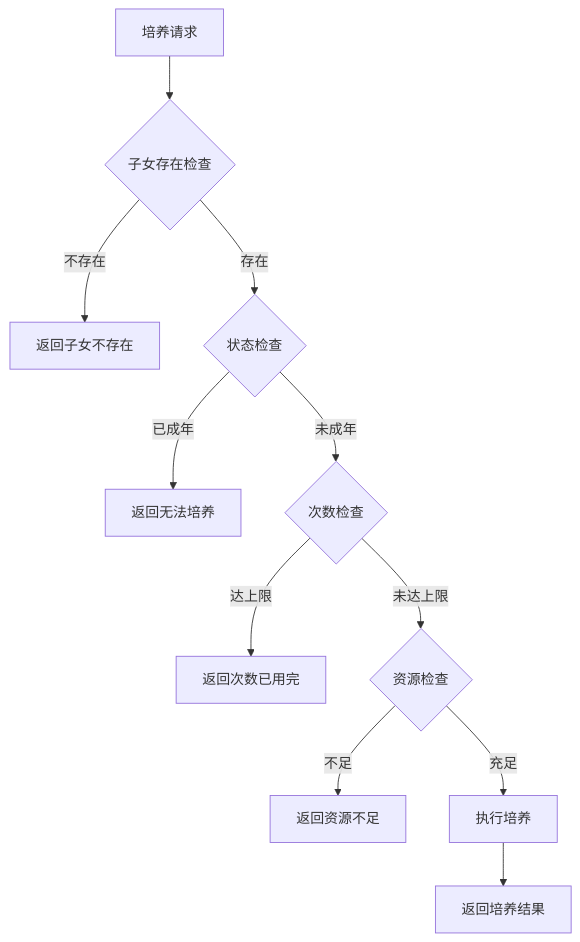
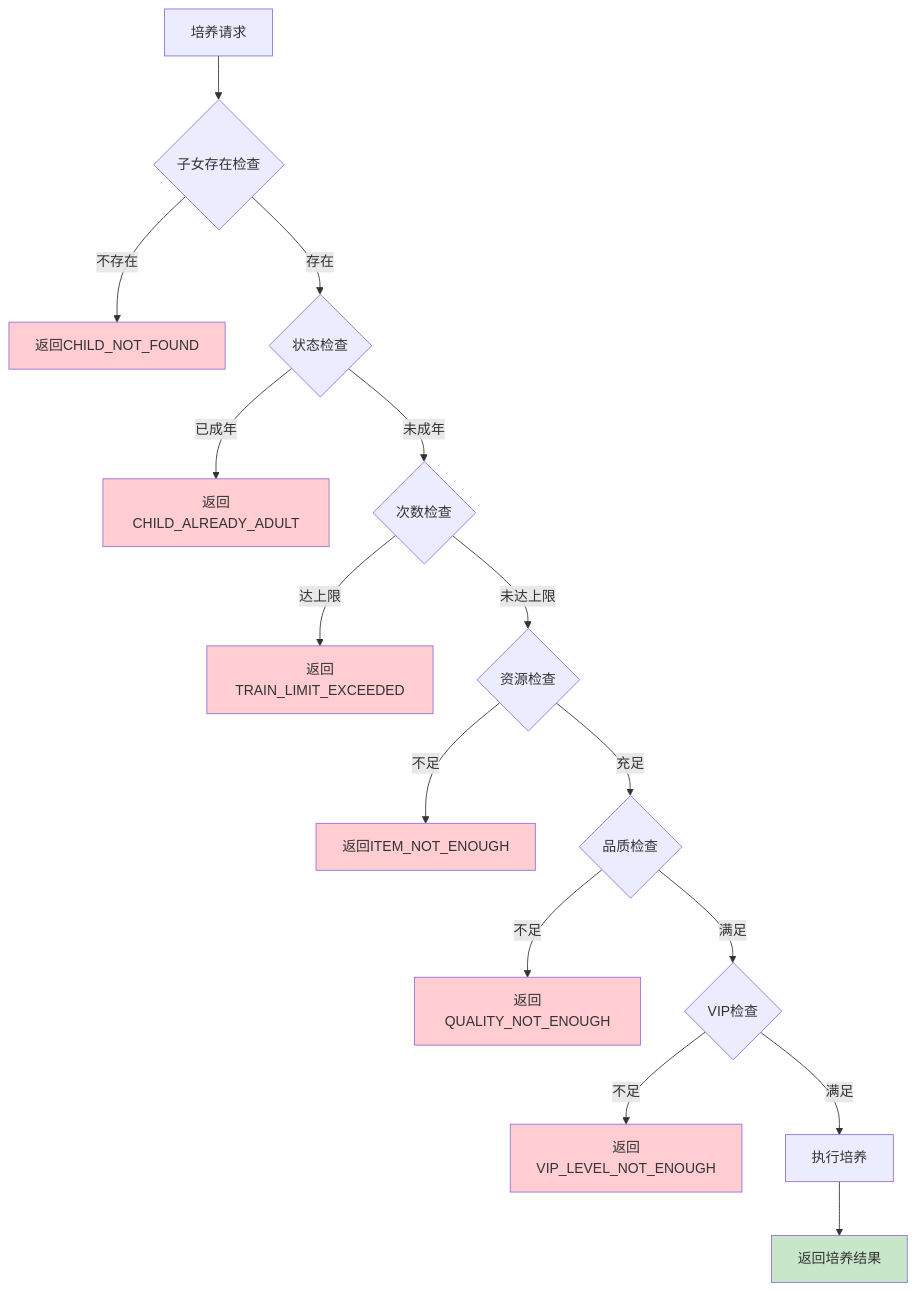
The fifth of 10 diagrams in docs/Module_Child/06_实现细节.md (Alan-Ben/k2c_game_framework), drawn with Mermaid before and after one commit. The commit also changed other lines of this file, not shown here.

````diff
--- a/docs/Module_Child/06_实现细节.md
+++ b/docs/Module_Child/06_实现细节.md
@@ -250,13 +308,25 @@
 ```mermaid
 flowchart TD
     A[培养请求] --> B{子女存在检查}
-    B -->|不存在| C[返回子女不存在]
+    B -->|不存在| C[返回CHILD_NOT_FOUND]
     B -->|存在| D{状态检查}
-    D -->|已成年| E[返回无法培养]
+    D -->|已成年| E[返回CHILD_ALREADY_ADULT]
     D -->|未成年| F{次数检查}
-    F -->|达上限| G[返回次数已用完]
+    F -->|达上限| G[返回TRAIN_LIMIT_EXCEEDED]
     F -->|未达上限| H{资源检查}
-    H -->|不足| I[返回资源不足]
-    H -->|充足| J[执行培养]
-    J --> K[返回培养结果]
+    H -->|不足| I[返回ITEM_NOT_ENOUGH]
+    H -->|充足| J{品质检查}
+    J -->|不足| K[返回QUALITY_NOT_ENOUGH]
+    J -->|满足| L{VIP检查}
+    L -->|不足| M[返回VIP_LEVEL_NOT_ENOUGH]
+    L -->|满足| N[执行培养]
+    N --> O[返回培养结果]
+
+    style C fill:#ffcdd2
+    style E fill:#ffcdd2
+    style G fill:#ffcdd2
+    style I fill:#ffcdd2
+    style K fill:#ffcdd2
+    style M fill:#ffcdd2
+    style O fill:#c8e6c9
 ```
````
